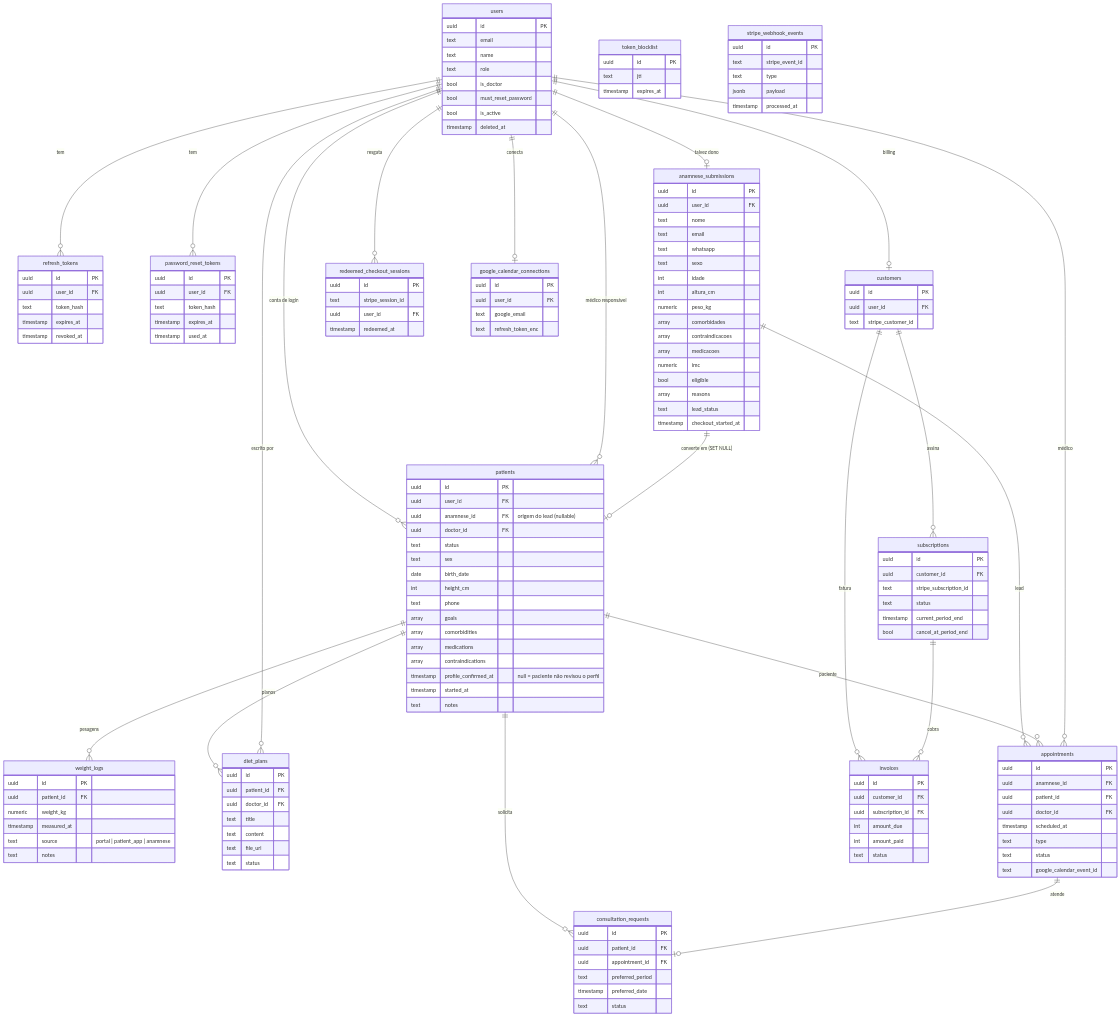
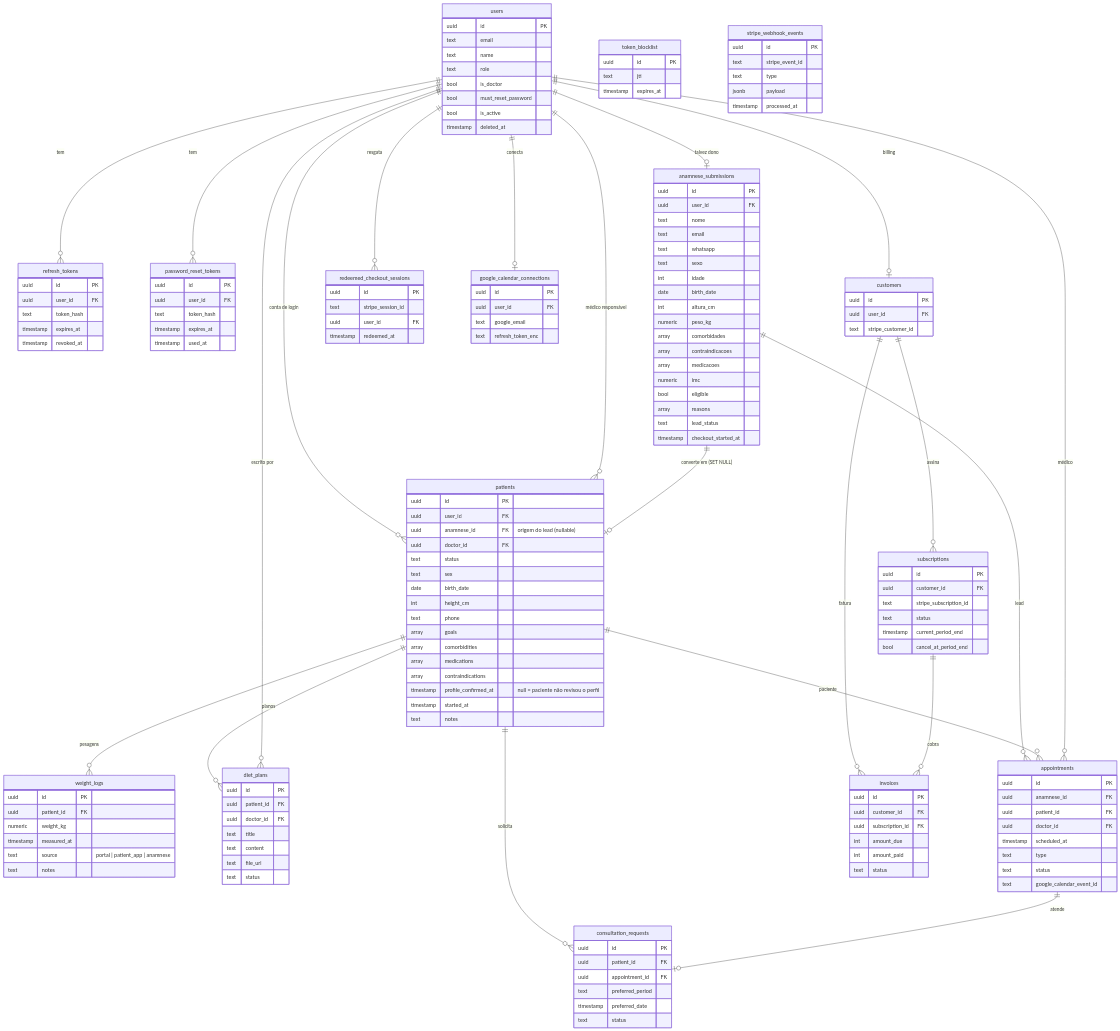
Before and after one commit to karlos-silva/golev: the first of 2 diagrams in apps/api/drizzle/SCHEMA.md, drawn with Mermaid. The commit also changed other lines of this file and 10 other files, not shown here.

```diff
--- a/apps/api/drizzle/SCHEMA.md
+++ b/apps/api/drizzle/SCHEMA.md
@@ -72,6 +72,7 @@
     text whatsapp
     text sexo
     int idade
+    date birth_date
     int altura_cm
     numeric peso_kg
     array comorbidades
```
